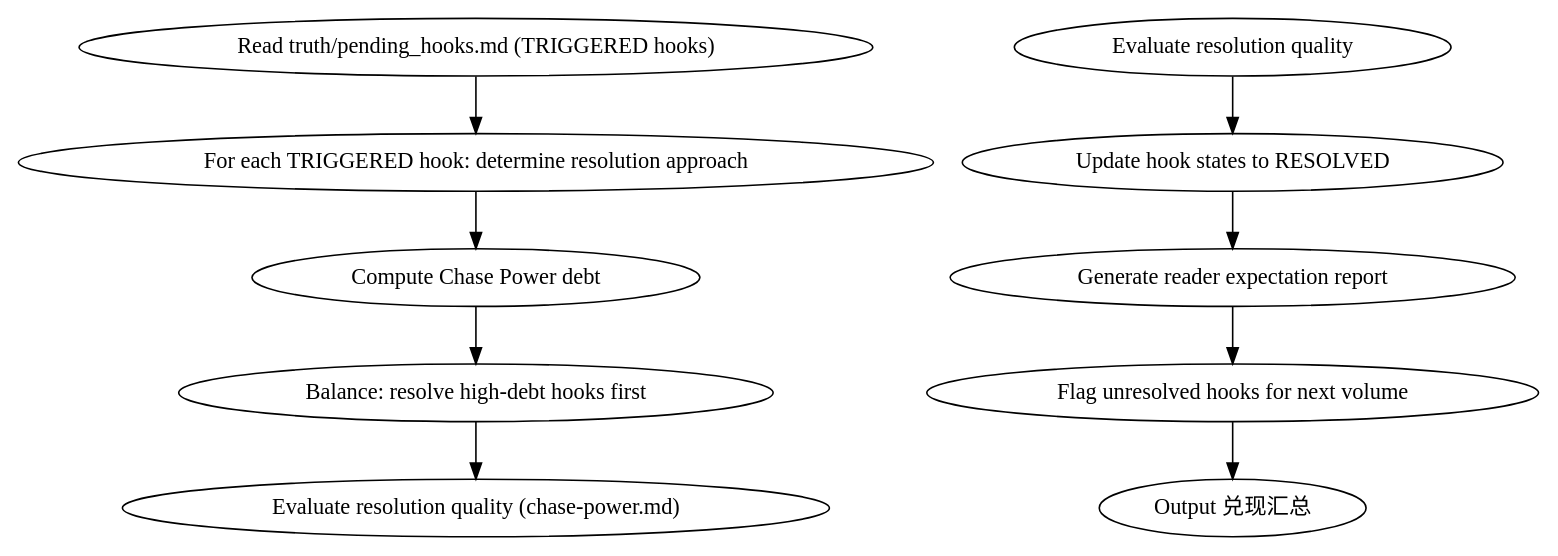
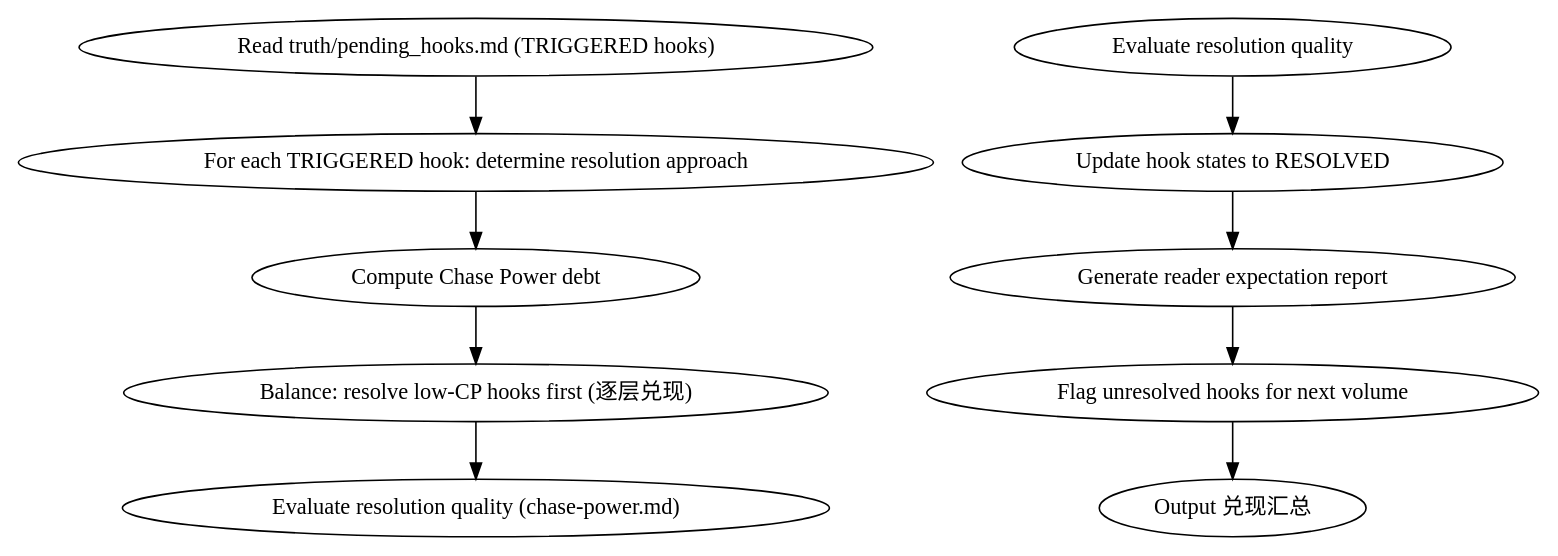
The diagram in skills/shenbi-foreshadowing-resolve/SKILL.md (ThomasChangX/shenbi), drawn with Graphviz before and after one commit. The commit also changed other lines of this file and 339 other files, not shown here.

````diff
--- a/skills/shenbi-foreshadowing-resolve/SKILL.md
+++ b/skills/shenbi-foreshadowing-resolve/SKILL.md
@@ -12,12 +12,12 @@
 ```dot
 digraph foreshadowing_resolve {
     "Read truth/pending_hooks.md (TRIGGERED hooks)" -> "For each TRIGGERED hook: determine resolution approach";
     "For each TRIGGERED hook: determine resolution approach" -> "Compute Chase Power debt";
-    "Compute Chase Power debt" -> "Balance: resolve high-debt hooks first";
-    "Balance: resolve high-debt hooks first" -> "Evaluate resolution quality (chase-power.md)";
+    "Compute Chase Power debt" -> "Balance: resolve low-CP hooks first (逐层兑现)";
+    "Balance: resolve low-CP hooks first (逐层兑现)" -> "Evaluate resolution quality (chase-power.md)";
     "Evaluate resolution quality" -> "Update hook states to RESOLVED";
     "Update hook states to RESOLVED" -> "Generate reader expectation report";
     "Generate reader expectation report" -> "Flag unresolved hooks for next volume";
     "Flag unresolved hooks for next volume" -> "Output 兑现汇总";
 }
 ```
````
